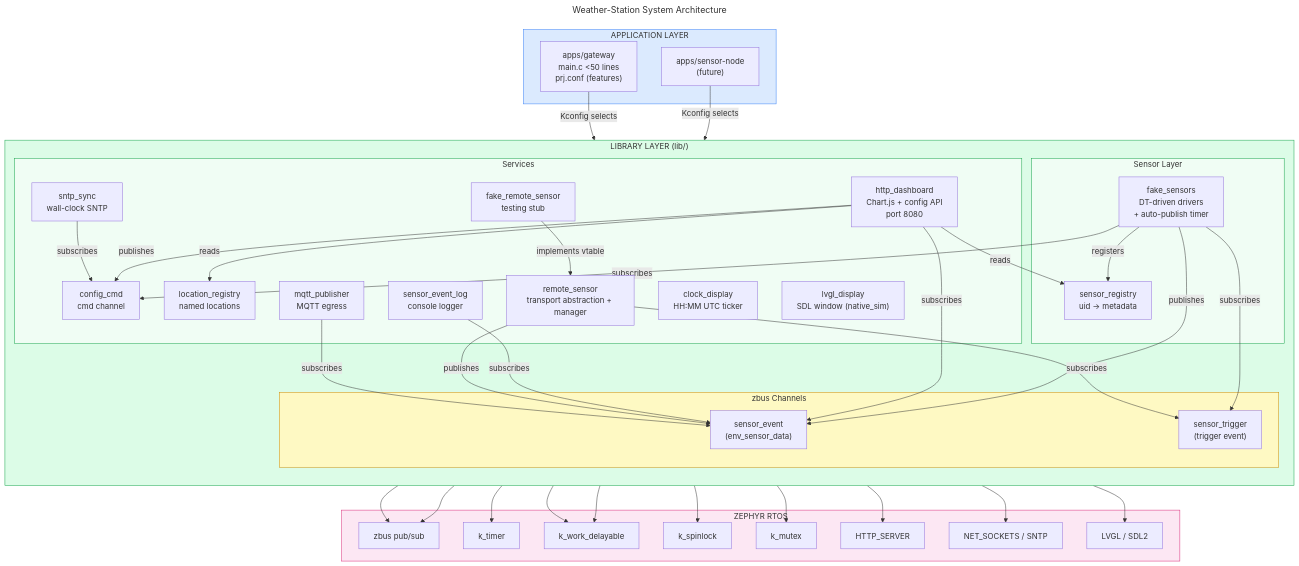
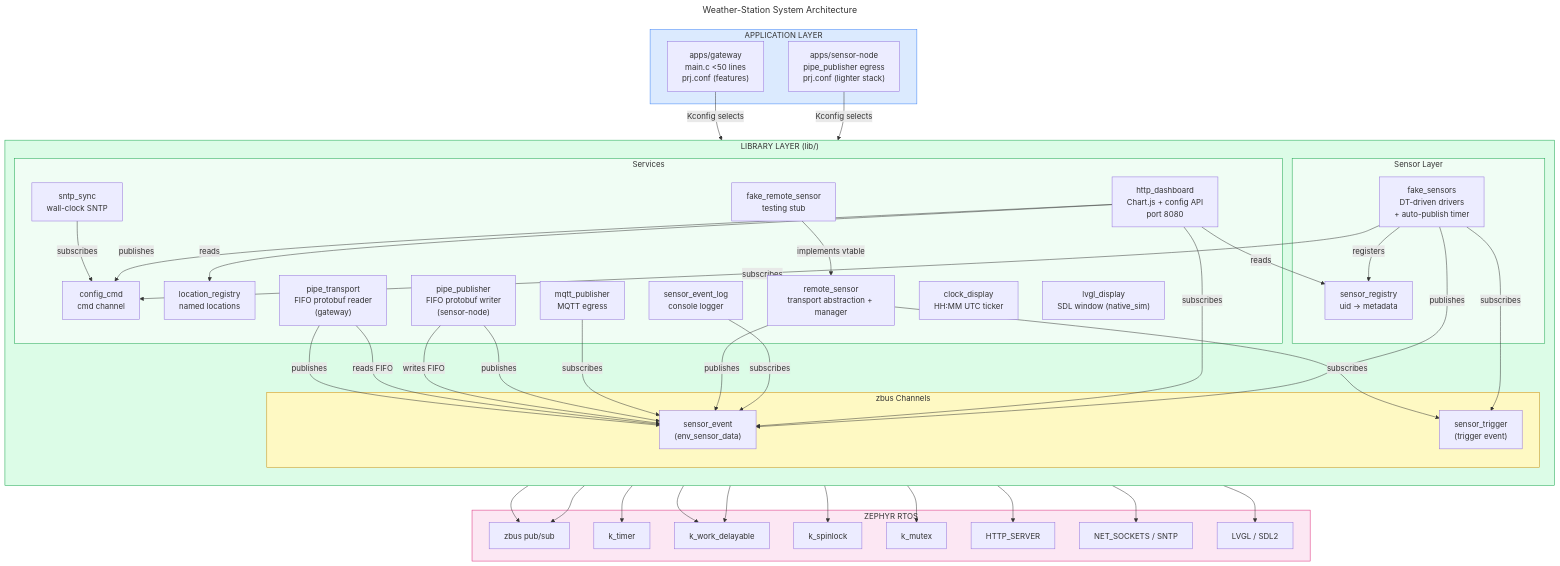
The diagram in docs/architecture/diagrams/system-overview.mmd (tobiwan88/weather-station), drawn with Mermaid before and after one commit. The commit also changed 17 other files, not shown here.

```diff
--- a/docs/architecture/diagrams/system-overview.mmd
+++ b/docs/architecture/diagrams/system-overview.mmd
@@ -1,79 +1,85 @@
 ---
 title: Weather-Station System Architecture
 ---
 graph TB
     subgraph APP["APPLICATION LAYER"]
         GW["apps/gateway\nmain.c &lt;50 lines\nprj.conf (features)"]
-        SN["apps/sensor-node\n(future)"]
+        SN["apps/sensor-node\npipe_publisher egress\nprj.conf (lighter stack)"]
     end
 
     subgraph LIBS["LIBRARY LAYER (lib/)"]
         direction TB
         subgraph CHANNELS["zbus Channels"]
             SEC["sensor_event\n(env_sensor_data)"]
             STC["sensor_trigger\n(trigger event)"]
         end
         subgraph SENSORS["Sensor Layer"]
             FS["fake_sensors\nDT-driven drivers\n+ auto-publish timer"]
             SR["sensor_registry\nuid → metadata"]
         end
         subgraph SERVICES["Services"]
             SNTP["sntp_sync\nwall-clock SNTP"]
             HTTP["http_dashboard\nChart.js + config API\nport 8080"]
             CLK["clock_display\nHH:MM UTC ticker"]
             LVGL["lvgl_display\nSDL window (native_sim)"]
             CC["config_cmd\ncmd channel"]
             LOC["location_registry\nnamed locations"]
             SEL["sensor_event_log\nconsole logger"]
             RS["remote_sensor\ntransport abstraction + manager"]
             FRS["fake_remote_sensor\ntesting stub"]
             MQTT["mqtt_publisher\nMQTT egress"]
+            PIPE_PUB["pipe_publisher\nFIFO protobuf writer\n(sensor-node)"]
+            PIPE_TX["pipe_transport\nFIFO protobuf reader\n(gateway)"]
         end
     end
 
     subgraph RTOS["ZEPHYR RTOS"]
         ZBUS["zbus pub/sub"]
         KTIMER["k_timer"]
         KWORK["k_work_delayable"]
         KSPIN["k_spinlock"]
         KMUX["k_mutex"]
         HTTPD["HTTP_SERVER"]
         NET["NET_SOCKETS / SNTP"]
         LVGLLIB["LVGL / SDL2"]
     end
 
     GW -->|"Kconfig selects"| LIBS
     SN -->|"Kconfig selects"| LIBS
 
     FS -->|publishes| SEC
     FS -->|subscribes| STC
     FS -->|subscribes| CC
     HTTP -->|subscribes| SEC
     HTTP -->|reads| SR
     HTTP -->|reads| LOC
     HTTP -->|publishes| CC
     FS -->|registers| SR
     SNTP -->|subscribes| CC
     SEL -->|subscribes| SEC
     RS -->|publishes| SEC
     RS -->|subscribes| STC
     FRS -->|implements vtable| RS
     MQTT -->|subscribes| SEC
+    PIPE_PUB -->|publishes| SEC
+    PIPE_PUB -->|writes FIFO| SEC
+    PIPE_TX -->|reads FIFO| SEC
+    PIPE_TX -->|publishes| SEC
 
     SEC --> ZBUS
     STC --> ZBUS
     SNTP --> NET
     HTTP --> HTTPD
     CLK --> KWORK
     SNTP --> KWORK
     FS --> KTIMER
     HTTP --> KSPIN
     SR --> KMUX
     LVGL --> LVGLLIB
 
     style APP fill:#dbeafe,stroke:#3b82f6
     style LIBS fill:#dcfce7,stroke:#16a34a
     style CHANNELS fill:#fef9c3,stroke:#ca8a04
     style SENSORS fill:#f0fdf4,stroke:#16a34a
     style SERVICES fill:#f0fdf4,stroke:#16a34a
     style RTOS fill:#fce7f3,stroke:#db2777
```
